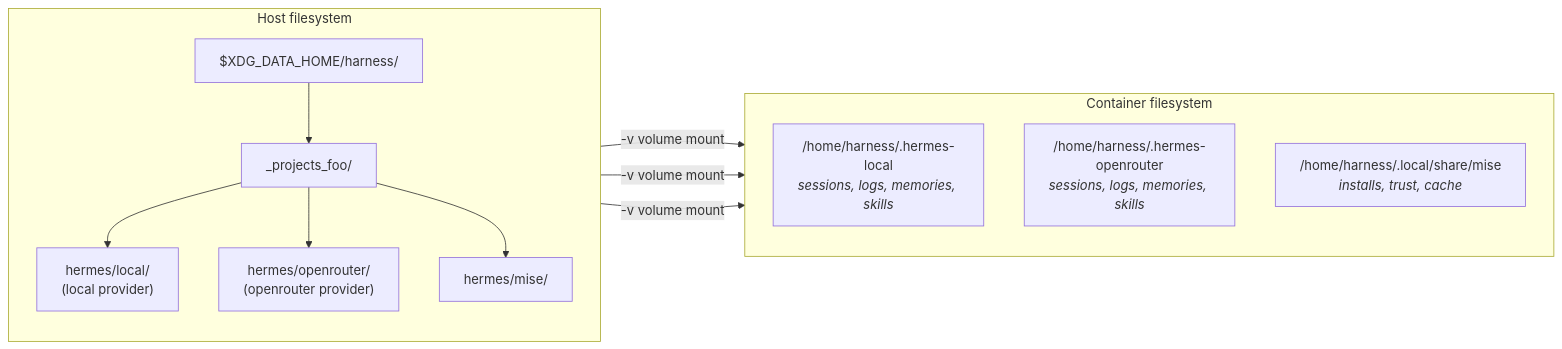
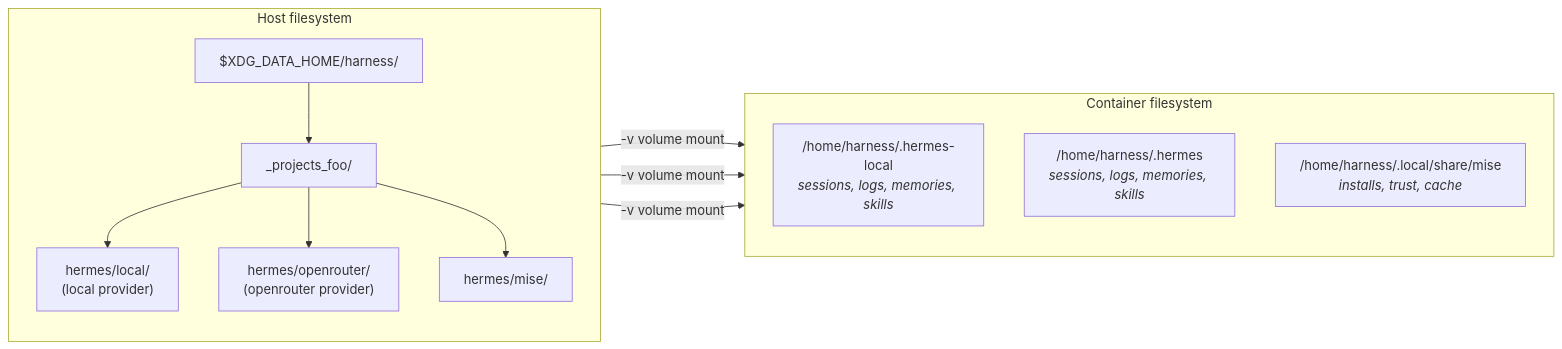
Before and after one commit to boldblackai/harness: the fourth of 4 diagrams in rfcs/2025-05-23_agent_persistence.md, drawn with Mermaid. The commit also changed other lines of this file and 6 other files, not shown here.

First line of the commit message:
fix(docs): replace .hermes-openrouter with .hermes in all documentation

````diff
--- a/rfcs/2025-05-23_agent_persistence.md
+++ b/rfcs/2025-05-23_agent_persistence.md
@@ -159,25 +159,25 @@
 ```mermaid
 graph LR
     subgraph Host ["Host filesystem"]
         direction TB
         XDG["$XDG_DATA_HOME/harness/"]
         NC["_projects_foo/"]
         HE_L["hermes/local/<br/>(local provider)"]
         HE_O["hermes/openrouter/<br/>(openrouter provider)"]
         MISE_DIR["hermes/mise/"]
         XDG --> NC --> HE_L
         NC --> HE_O
         NC --> MISE_DIR
     end
 
     subgraph Container ["Container filesystem"]
         direction TB
         C_HE_L["/home/harness/.hermes-local<br/><i>sessions, logs, memories, skills</i>"]
-        C_HE_O["/home/harness/.hermes-openrouter<br/><i>sessions, logs, memories, skills</i>"]
+        C_HE_O["/home/harness/.hermes<br/><i>sessions, logs, memories, skills</i>"]
         MISE_SHARE["/home/harness/.local/share/mise<br/><i>installs, trust, cache</i>"]
     end
 
     HE_L -- "-v volume mount" --> C_HE_L
     HE_O -- "-v volume mount" --> C_HE_O
     MISE_DIR -- "-v volume mount" --> MISE_SHARE
 ```
````
